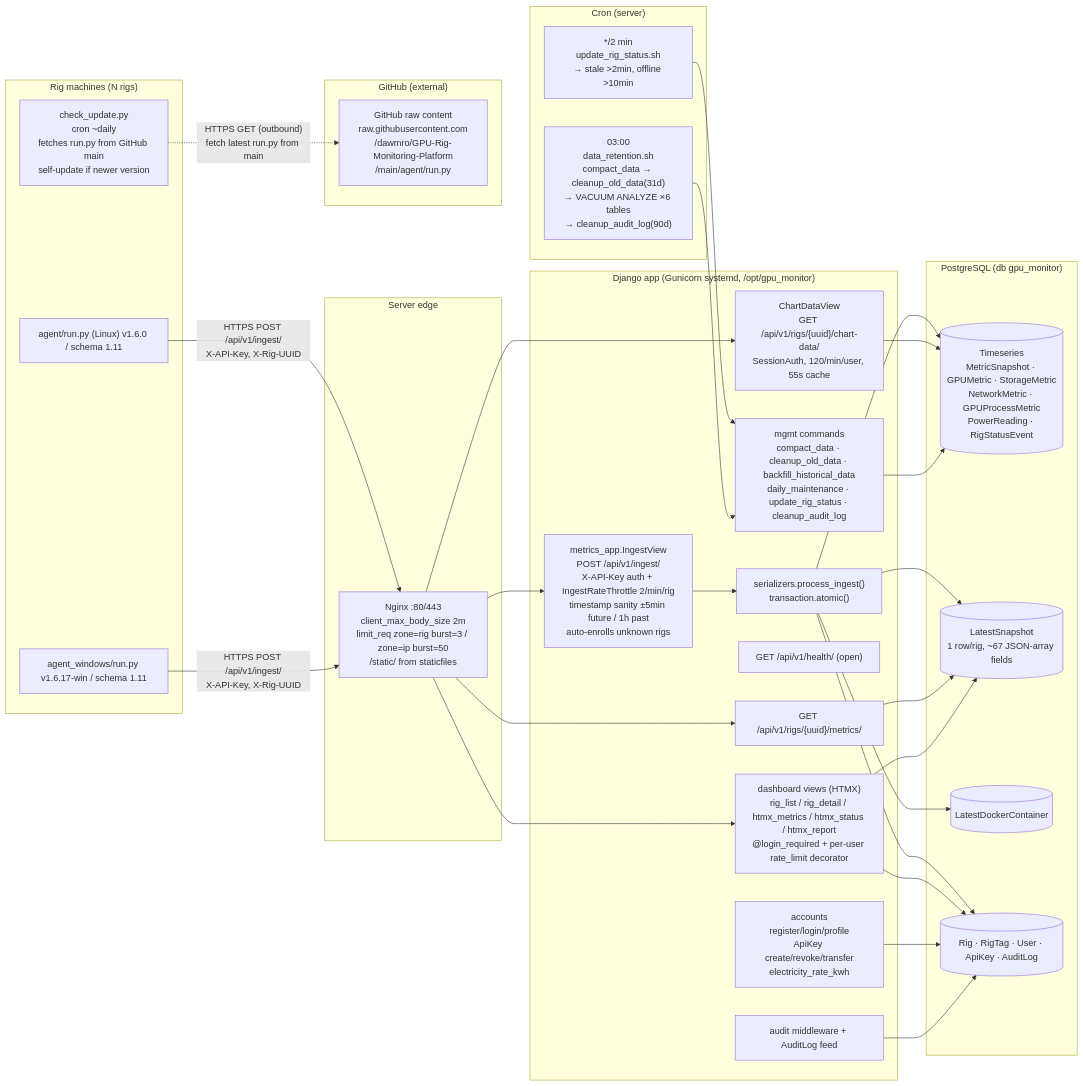
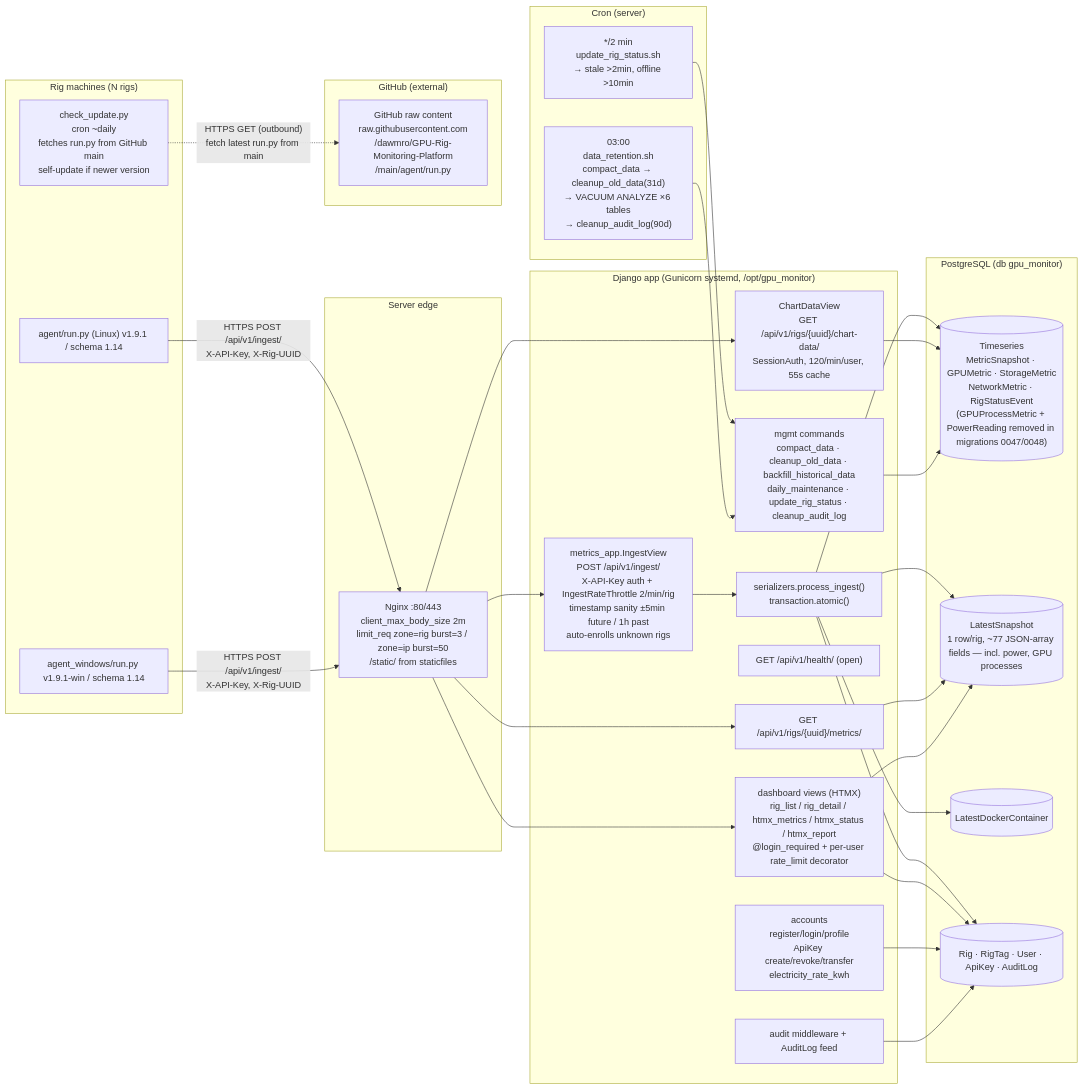
Before and after one commit to dawmro/GPU-Rig-Monitoring-Platform: the diagram in README.md, drawn with Mermaid. The commit also changed other lines of this file and 3 other files, not shown here.

````diff
--- a/README.md
+++ b/README.md
@@ -218,59 +222,59 @@
 ```mermaid
 flowchart LR
     subgraph Rigs["Rig machines (N rigs)"]
-        A1["agent/run.py (Linux) v1.6.0 / schema 1.11"]
-        A2["agent_windows/run.py v1.6.17-win / schema 1.11"]
+        A1["agent/run.py (Linux) v1.9.1 / schema 1.14"]
+        A2["agent_windows/run.py v1.9.1-win / schema 1.14"]
         A3["check_update.py<br/>cron ~daily<br/>fetches run.py from GitHub main<br/>self-update if newer version"]
     end
 
     subgraph Edge["Server edge"]
         NG["Nginx :80/443<br/>client_max_body_size 2m<br/>limit_req zone=rig burst=3 / zone=ip burst=50<br/>/static/ from staticfiles"]
     end
 
     subgraph App["Django app (Gunicorn systemd, /opt/gpu_monitor)"]
         ING["metrics_app.IngestView<br/>POST /api/v1/ingest/<br/>X-API-Key auth + IngestRateThrottle 2/min/rig<br/>timestamp sanity ±5min future / 1h past<br/>auto-enrolls unknown rigs"]
         SER["serializers.process_ingest()<br/>transaction.atomic()"]
         CH["ChartDataView<br/>GET /api/v1/rigs/{uuid}/chart-data/<br/>SessionAuth, 120/min/user, 55s cache"]
         MET["GET /api/v1/rigs/{uuid}/metrics/"]
         HLTH["GET /api/v1/health/ (open)"]
         DASH["dashboard views (HTMX)<br/>rig_list / rig_detail / htmx_metrics / htmx_status / htmx_report<br/>@login_required + per-user rate_limit decorator"]
         ACC["accounts<br/>register/login/profile<br/>ApiKey create/revoke/transfer<br/>electricity_rate_kwh"]
         AUD["audit middleware + AuditLog feed"]
         CMD["mgmt commands<br/>compact_data · cleanup_old_data · backfill_historical_data<br/>daily_maintenance · update_rig_status · cleanup_audit_log"]
     end
 
     subgraph Data["PostgreSQL (db gpu_monitor)"]
-        TS[("Timeseries<br/>MetricSnapshot · GPUMetric · StorageMetric<br/>NetworkMetric · GPUProcessMetric<br/>PowerReading · RigStatusEvent")]
-        LS[("LatestSnapshot<br/>1 row/rig, ~67 JSON-array fields")]
+        TS[("Timeseries<br/>MetricSnapshot · GPUMetric · StorageMetric<br/>NetworkMetric · RigStatusEvent<br/>(GPUProcessMetric + PowerReading removed in migrations 0047/0048)")]
+        LS[("LatestSnapshot<br/>1 row/rig, ~77 JSON-array fields — incl. power, GPU processes")]
         LD[("LatestDockerContainer")]
         RG[("Rig · RigTag · User · ApiKey · AuditLog")]
     end
 
     subgraph Ops["Cron (server)"]
         C1["*/2 min<br/>update_rig_status.sh<br/>→ stale >2min, offline >10min"]
         C2["03:00<br/>data_retention.sh<br/>compact_data → cleanup_old_data(31d)<br/>→ VACUUM ANALYZE ×6 tables<br/>→ cleanup_audit_log(90d)"]
     end
 
     subgraph GitHub["GitHub (external)"]
         GH["GitHub raw content<br/>raw.githubusercontent.com<br/>/dawmro/GPU-Rig-Monitoring-Platform<br/>/main/agent/run.py"]
     end
 
     A1 -->|"HTTPS POST /api/v1/ingest/<br/>X-API-Key, X-Rig-UUID"| NG
     A2 -->|"HTTPS POST /api/v1/ingest/<br/>X-API-Key, X-Rig-UUID"| NG
     A3 -.->|"HTTPS GET (outbound)<br/>fetch latest run.py from main"| GH
     
     NG --> ING --> SER
     SER --> TS
     SER --> LS
     SER --> LD
     SER --> RG
     NG --> CH --> TS
     NG --> MET --> LS
     NG --> DASH --> LS
     DASH --> RG
     ACC --> RG
     AUD --> RG
     C1 --> CMD
     C2 --> CMD
     CMD --> TS
 ```
````
